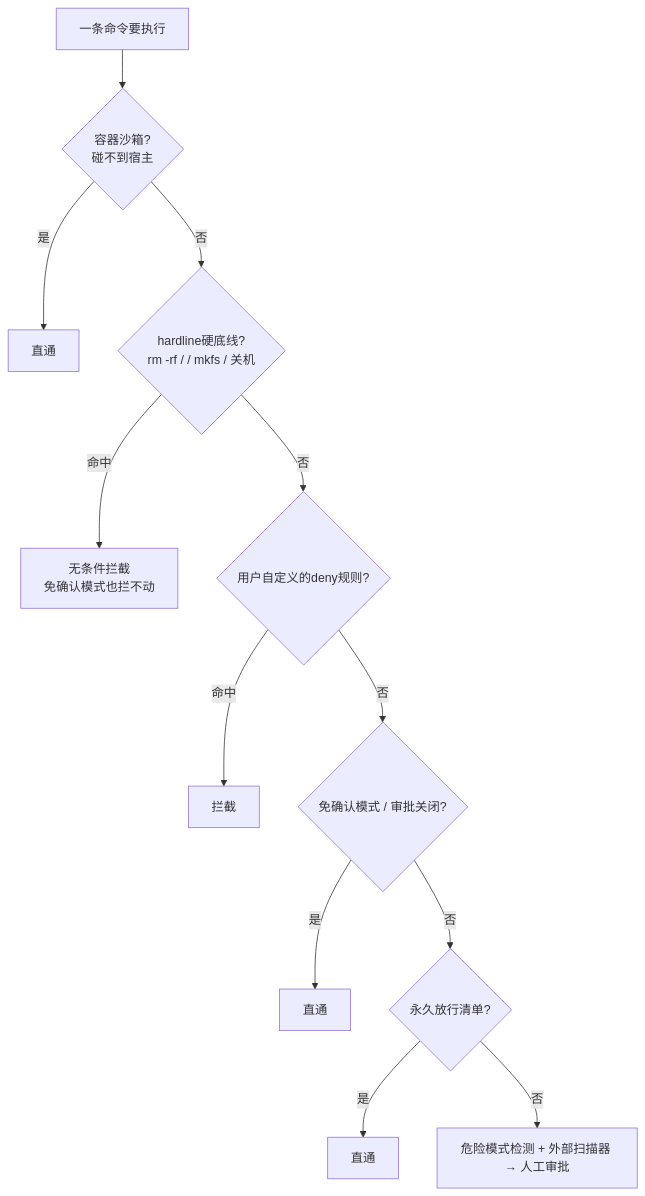
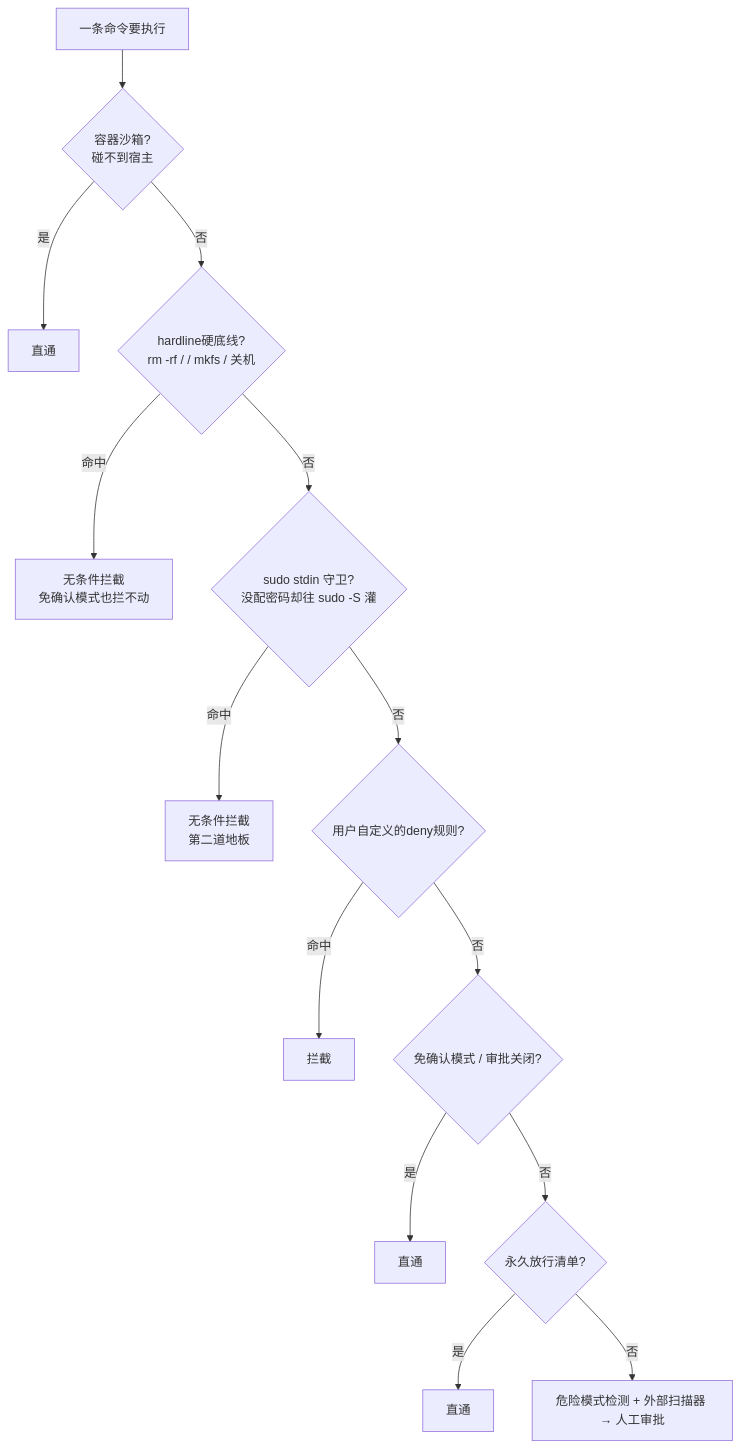
The second of 3 diagrams in chapters/r3-tool-infrastructure.md (BillBeam/hermes-study), drawn with Mermaid before and after one commit. The commit also changed other lines of this file and 30 other files, not shown here.

````diff
--- a/chapters/r3-tool-infrastructure.md
+++ b/chapters/r3-tool-infrastructure.md
@@ -132,14 +132,16 @@
 ```mermaid
 flowchart TD
     CMD[一条命令要执行] --> C1{容器沙箱?<br/>碰不到宿主}
     C1 -->|是| PASS[直通]
     C1 -->|否| C2{hardline硬底线?<br/>rm -rf / / mkfs / 关机}
     C2 -->|命中| BLOCK1[无条件拦截<br/>免确认模式也拦不动]
-    C2 -->|否| C3{用户自定义的deny规则?}
+    C2 -->|否| C2b{sudo stdin 守卫?<br/>没配密码却往 sudo -S 灌}
+    C2b -->|命中| BLOCK1b[无条件拦截<br/>第二道地板]
+    C2b -->|否| C3{用户自定义的deny规则?}
     C3 -->|命中| BLOCK2[拦截]
     C3 -->|否| C4{免确认模式 / 审批关闭?}
     C4 -->|是| PASS2[直通]
     C4 -->|否| C5{永久放行清单?}
     C5 -->|是| PASS3[直通]
     C5 -->|否| GATE[危险模式检测 + 外部扫描器 → 人工审批]
 ```
````
